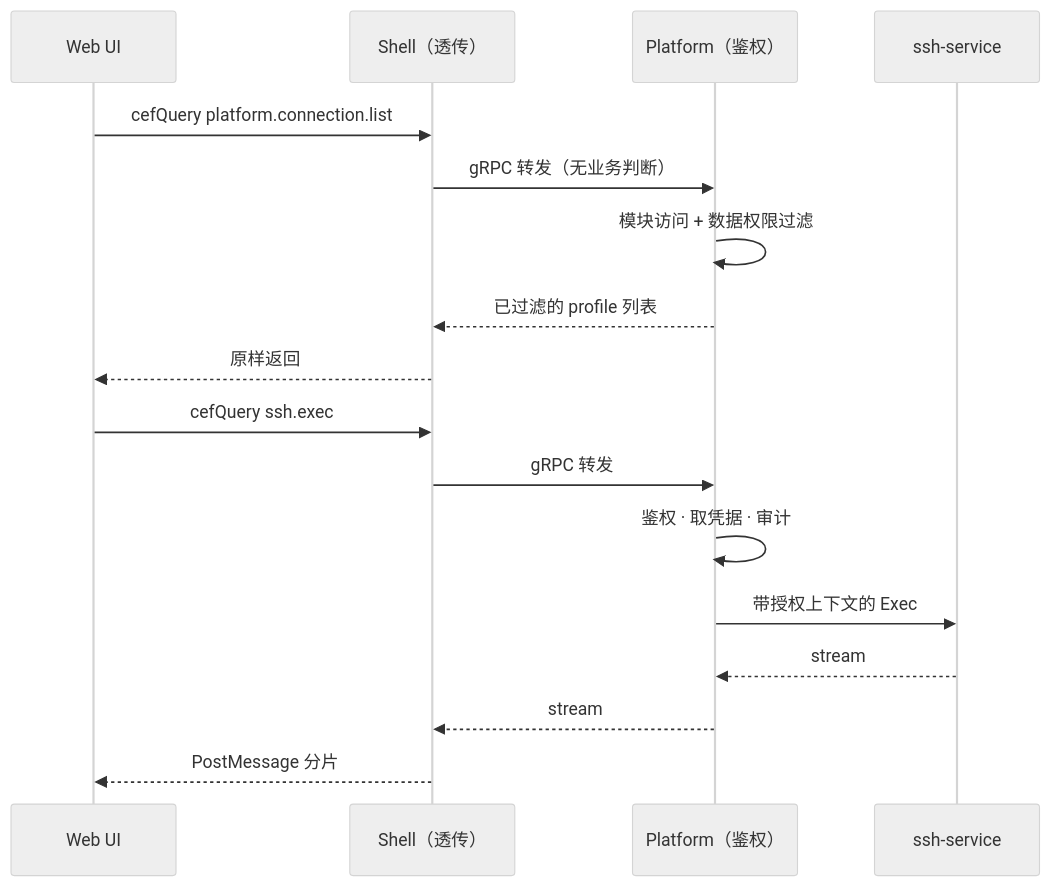
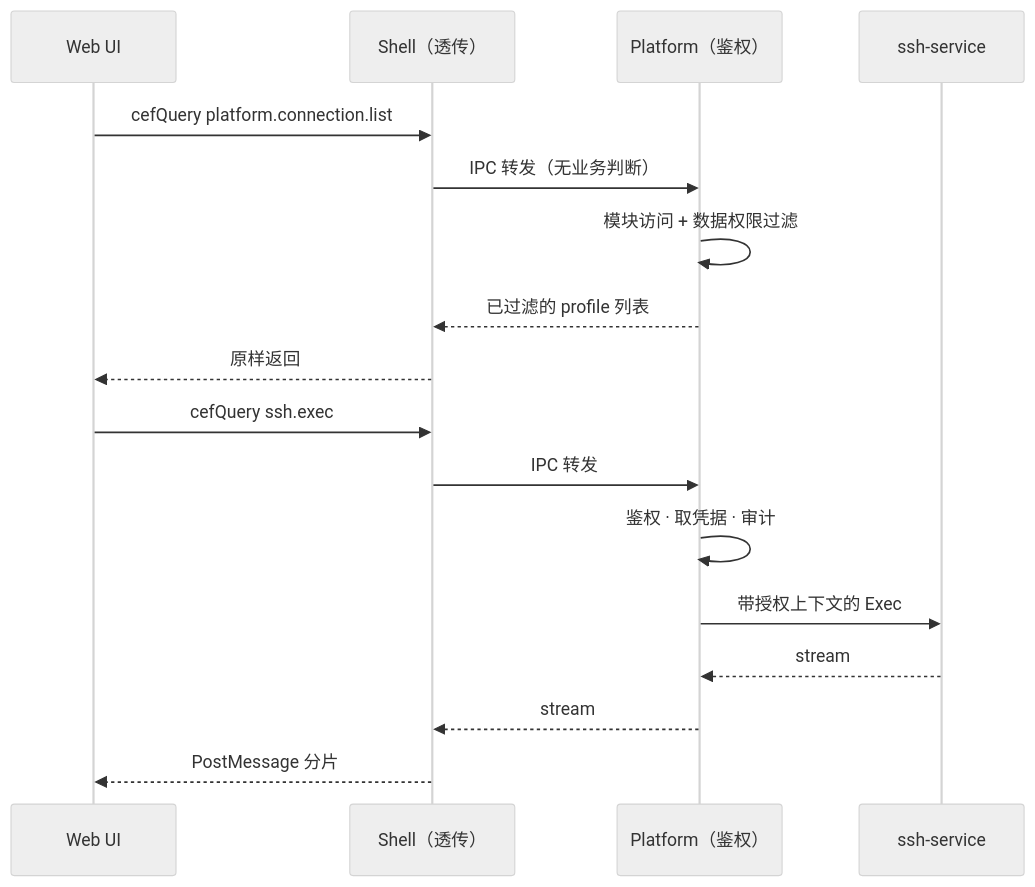
One commit to Blair-Shang/niuma changed diagram 11 of 11 in docs/architecture.md. Above: the diagram before and after it, drawn with Mermaid (neutral theme). The commit also changed other lines of this file and 186 other files, not shown here.

````diff
--- a/docs/architecture.md
+++ b/docs/architecture.md
@@ -381,21 +381,21 @@
 ```mermaid
 sequenceDiagram
     participant Web as Web UI
     participant Shell as Shell（透传）
     participant Plat as Platform（鉴权）
     participant Svc as ssh-service
 
     Web->>Shell: cefQuery platform.connection.list
-    Shell->>Plat: gRPC 转发（无业务判断）
+    Shell->>Plat: IPC 转发（无业务判断）
     Plat->>Plat: 模块访问 + 数据权限过滤
     Plat-->>Shell: 已过滤的 profile 列表
     Shell-->>Web: 原样返回
 
     Web->>Shell: cefQuery ssh.exec
-    Shell->>Plat: gRPC 转发
+    Shell->>Plat: IPC 转发
     Plat->>Plat: 鉴权 · 取凭据 · 审计
     Plat->>Svc: 带授权上下文的 Exec
     Svc-->>Plat: stream
     Plat-->>Shell: stream
     Shell-->>Web: PostMessage 分片
 ```
````
